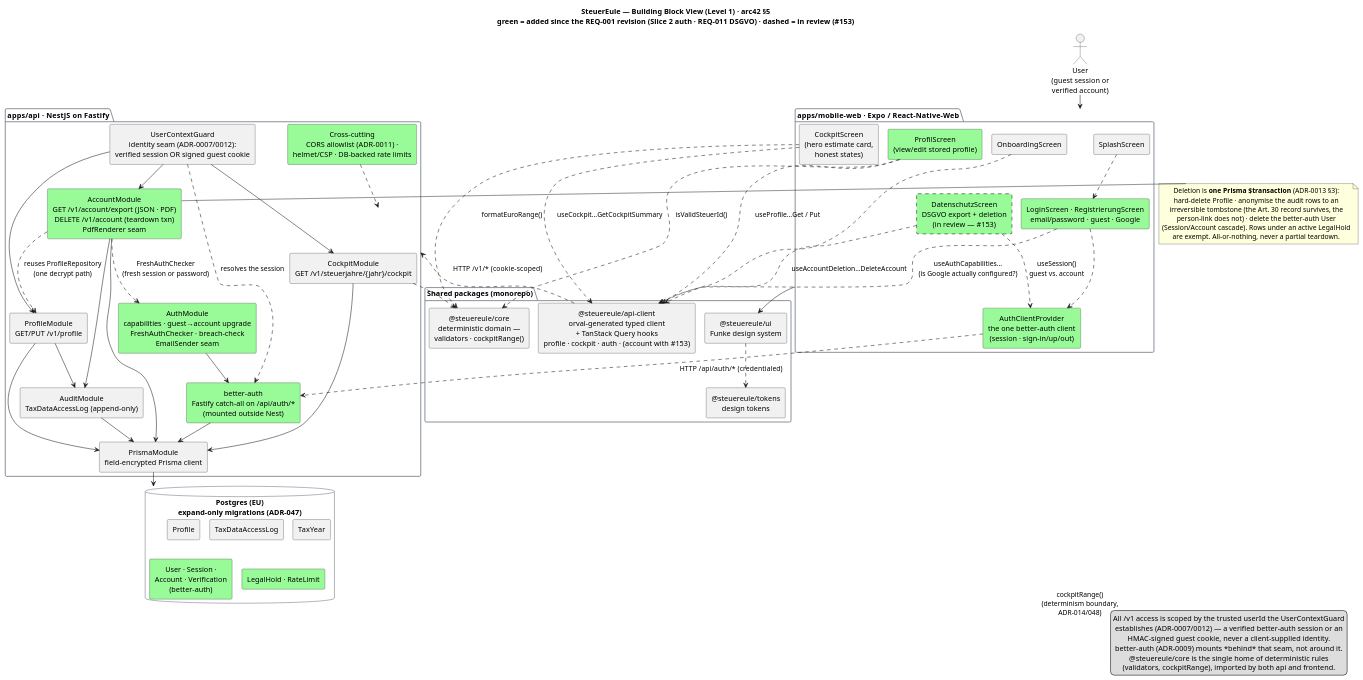
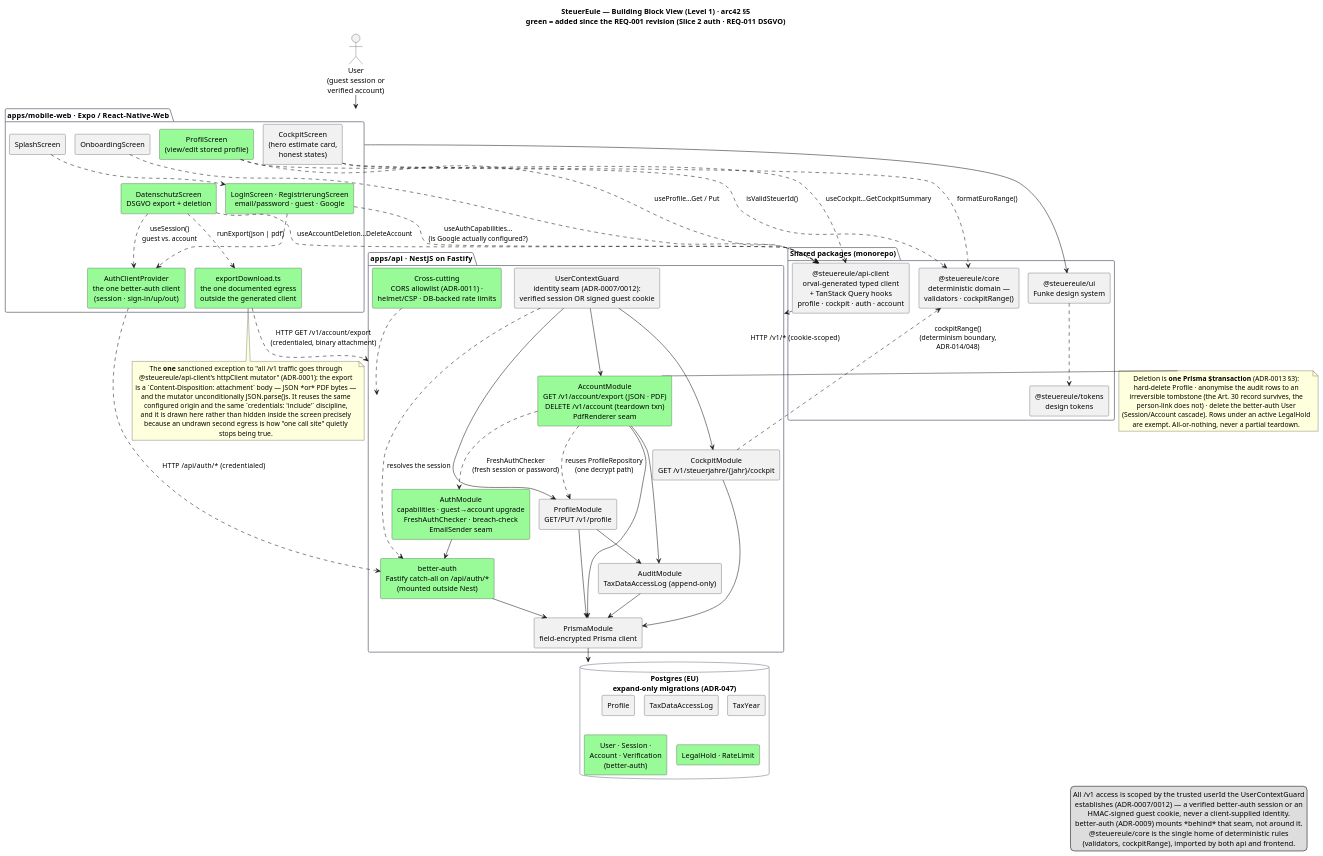
The diagram in docs/arc42/building-block-view.puml (NexusHero/Steuereule), drawn with PlantUML before and after one commit. The commit also changed 3 other files, not shown here.

```diff
--- a/docs/arc42/building-block-view.puml
+++ b/docs/arc42/building-block-view.puml
@@ -1,112 +1,125 @@
 @startuml building-block-view
 ' Rendered with PlantUML's built-in Smetana layout (pure Java) so the SVG export
 ' needs no external Graphviz/dot install — reproducible in CI and on any machine.
 !pragma layout smetana
 ' arc42 §5 — Building Block View (Level 1 whitebox) of the SteuerEule system.
 ' Source of record for the diagram; export to building-block-view.svg (see README).
 ' Highlighted (green) = building blocks added since this view's previous revision
 ' (REQ-001, the Cockpit vertical): Slice 2's auth stack (REQ-005/006/008/009/010,
 ' ADR-0009/0012) and REQ-011's DSGVO export/deletion (ADR-0013).
-' Dashed = built and in review, arrives with steuereule#153.
 ' Keep this in step with the code — a stale arc42 is treated as a failing test.
 skinparam componentStyle rectangle
 skinparam defaultTextAlignment center
 skinparam shadowing false
 skinparam rectangleBorderColor #6b7280
 skinparam packageBorderColor #6b7280
 
-title SteuerEule — Building Block View (Level 1) · arc42 §5\ngreen = added since the REQ-001 revision (Slice 2 auth · REQ-011 DSGVO) · dashed = in review (#153)
+title SteuerEule — Building Block View (Level 1) · arc42 §5\ngreen = added since the REQ-001 revision (Slice 2 auth · REQ-011 DSGVO)
 
 actor "User\n(guest session or\nverified account)" as user
 
 package "apps/mobile-web  ·  Expo / React-Native-Web" as fe {
   component "SplashScreen" as splash
   component "LoginScreen · RegistrierungScreen\nemail/password · guest · Google" as login #palegreen
   component "OnboardingScreen" as onb
   component "CockpitScreen\n(hero estimate card,\nhonest states)" as cockpitScreen
   component "ProfilScreen\n(view/edit stored profile)" as profilScreen #palegreen
-  component "DatenschutzScreen\nDSGVO export + deletion\n(in review — #153)" as datenschutzScreen #palegreen;line.dashed
+  component "DatenschutzScreen\nDSGVO export + deletion" as datenschutzScreen #palegreen
   component "AuthClientProvider\nthe one better-auth client\n(session · sign-in/up/out)" as authClient #palegreen
+  component "exportDownload.ts\nthe one documented egress\noutside the generated client" as exportDl #palegreen
 }
 
 package "Shared packages (monorepo)" as pkgs {
   component "@steuereule/core\ndeterministic domain —\nvalidators · cockpitRange()" as core
-  component "@steuereule/api-client\norval-generated typed client\n+ TanStack Query hooks\nprofile · cockpit · auth · (account with #153)" as apiclient
+  component "@steuereule/api-client\norval-generated typed client\n+ TanStack Query hooks\nprofile · cockpit · auth · account" as apiclient
   component "@steuereule/ui\nFunke design system" as ui
   component "@steuereule/tokens\ndesign tokens" as tokens
 }
 
 package "apps/api  ·  NestJS on Fastify" as api {
   component "better-auth\nFastify catch-all on /api/auth/*\n(mounted outside Nest)" as betterauth #palegreen
   component "UserContextGuard\nidentity seam (ADR-0007/0012):\nverified session OR signed guest cookie" as guard
   component "AuthModule\ncapabilities · guest→account upgrade\nFreshAuthChecker · breach-check\nEmailSender seam" as authMod #palegreen
   component "ProfileModule\nGET/PUT /v1/profile" as profile
   component "CockpitModule\nGET /v1/steuerjahre/{jahr}/cockpit" as cockpitMod
   component "AccountModule\nGET /v1/account/export (JSON · PDF)\nDELETE /v1/account (teardown txn)\nPdfRenderer seam" as accountMod #palegreen
   component "AuditModule\nTaxDataAccessLog (append-only)" as audit
   component "PrismaModule\nfield-encrypted Prisma client" as prisma
   component "Cross-cutting\nCORS allowlist (ADR-0011) ·\nhelmet/CSP · DB-backed rate limits" as crosscut #palegreen
 }
 
 database "Postgres (EU)\nexpand-only migrations (ADR-047)" as db {
   component "Profile" as tProfile
   component "TaxDataAccessLog" as tAudit
   component "TaxYear" as tTaxYear
   component "User · Session ·\nAccount · Verification\n(better-auth)" as tAuth #palegreen
   component "LegalHold · RateLimit" as tHold #palegreen
 }
 
 user --> fe
 splash ..> login
 login ..> authClient
 login ..> apiclient : useAuthCapabilities…\n(is Google actually configured?)
 onb ..> apiclient
 cockpitScreen ..> apiclient : useCockpit…GetCockpitSummary
 cockpitScreen ..> core : formatEuroRange()
 profilScreen ..> apiclient : useProfile…Get / Put
 profilScreen ..> core : isValidSteuerId()
 datenschutzScreen ..> apiclient : useAccountDeletion…DeleteAccount
 datenschutzScreen ..> authClient : useSession()\nguest vs. account
+datenschutzScreen ..> exportDl : runExport(json | pdf)
 fe --> ui
 ui ..> tokens
 
 authClient ..> betterauth : HTTP  /api/auth/*  (credentialed)
 apiclient ..> api : HTTP  /v1/*  (cookie-scoped)
+exportDl ..> api : HTTP  GET /v1/account/export\n(credentialed, binary attachment)
 
 betterauth --> prisma
 guard ..> betterauth : resolves the session
 guard --> profile
 guard --> cockpitMod
 guard --> accountMod
 authMod --> betterauth
 profile --> prisma
 profile --> audit
 cockpitMod ..> core : cockpitRange()\n(determinism boundary,\nADR-014/048)
 cockpitMod --> prisma
 accountMod ..> profile : reuses ProfileRepository\n(one decrypt path)
 accountMod --> audit
 accountMod ..> authMod : FreshAuthChecker\n(fresh session or password)
 accountMod --> prisma
 audit --> prisma
 prisma --> db
 crosscut ..> api
+
+note bottom of exportDl
+  The **one** sanctioned exception to "all /v1 traffic goes through
+  @steuereule/api-client's httpClient mutator" (ADR-0001): the export
+  is a `Content-Disposition: attachment` body — JSON *or* PDF bytes —
+  and the mutator unconditionally JSON.parse()s. It reuses the same
+  configured origin and the same `credentials: 'include'` discipline,
+  and it is drawn here rather than hidden inside the screen precisely
+  because an undrawn second egress is how "one call site" quietly
+  stops being true.
+end note
 
 note right of accountMod
   Deletion is **one Prisma $transaction** (ADR-0013 §3):
   hard-delete Profile · anonymise the audit rows to an
   irreversible tombstone (the Art. 30 record survives, the
   person-link does not) · delete the better-auth User
   (Session/Account cascade). Rows under an active LegalHold
   are exempt. All-or-nothing, never a partial teardown.
 end note
 
 legend right
   All /v1 access is scoped by the trusted userId the UserContextGuard
   establishes (ADR-0007/0012) — a verified better-auth session or an
   HMAC-signed guest cookie, never a client-supplied identity.
   better-auth (ADR-0009) mounts *behind* that seam, not around it.
   @steuereule/core is the single home of deterministic rules
   (validators, cockpitRange), imported by both api and frontend.
 endlegend
 
 @enduml
```
